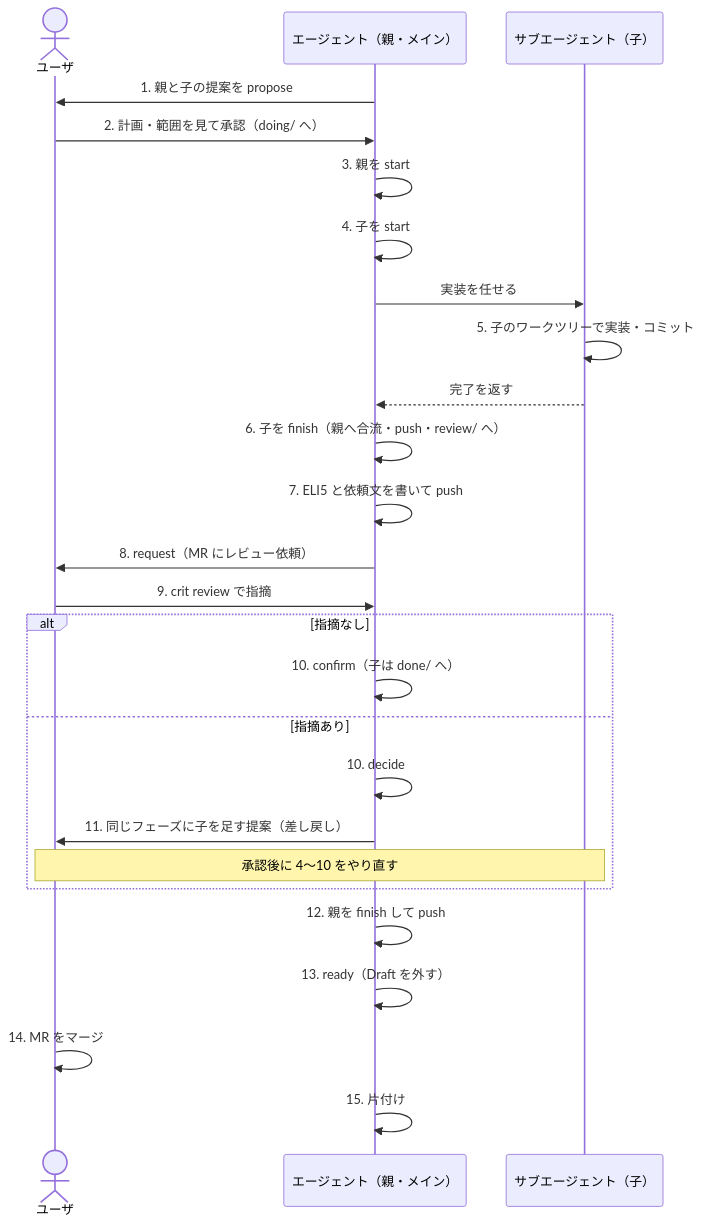
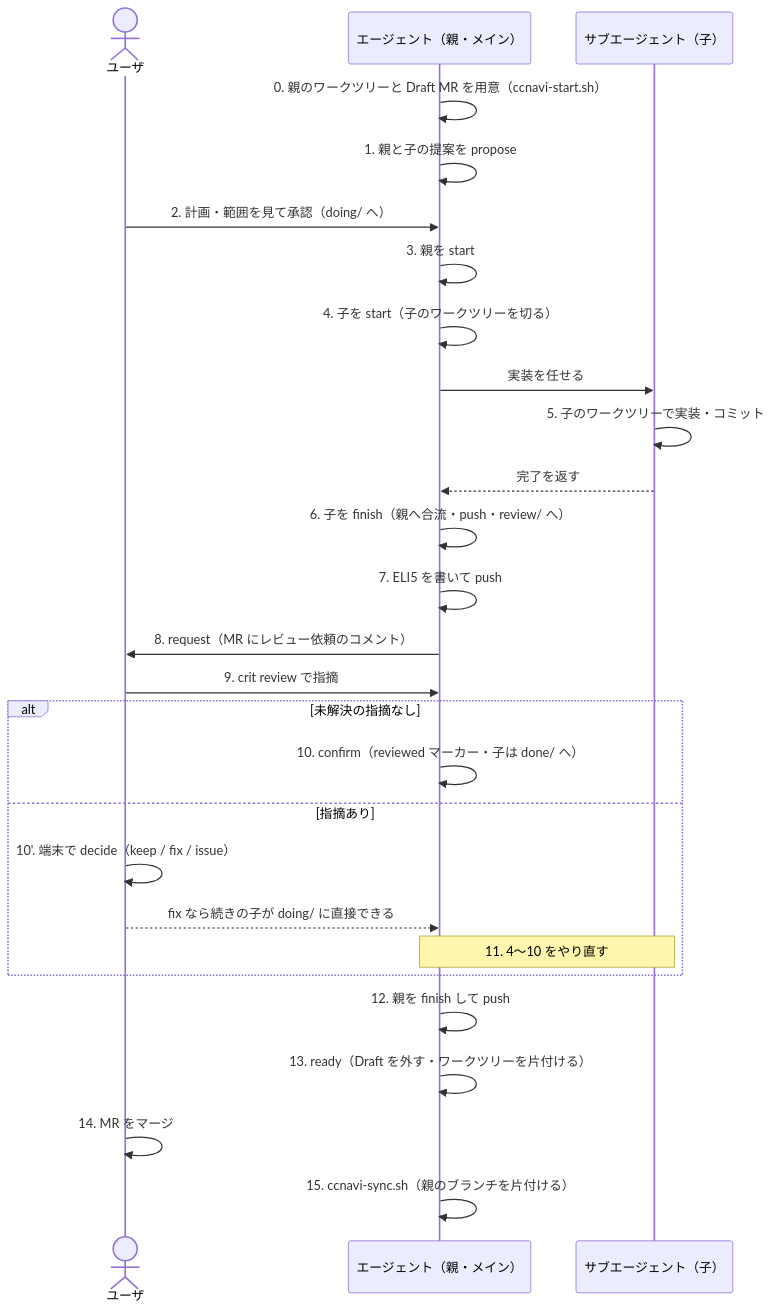
The diagram in .ccnavi/docs/ticket-flow.md (yuki-matsu783/ccnavi), drawn with Mermaid before and after one commit. The commit also changed other lines of this file and 1 other file, not shown here.

Commit message:
ai-asset: ticket-flow.md を実装の読解に合わせて直し、直接作業の手順へリンクした

````diff
--- a/.ccnavi/docs/ticket-flow.md
+++ b/.ccnavi/docs/ticket-flow.md
@@ -18,29 +18,30 @@
 ```mermaid
 sequenceDiagram
   actor U as ユーザ
   participant P as エージェント（親・メイン）
   participant S as サブエージェント（子）
 
-  P->>U: 1. 親と子の提案を propose
+  P->>P: 0. 親のワークツリーと Draft MR を用意（ccnavi-start.sh）
+  P->>P: 1. 親と子の提案を propose
   U->>P: 2. 計画・範囲を見て承認（doing/ へ）
   P->>P: 3. 親を start
-  P->>P: 4. 子を start
+  P->>P: 4. 子を start（子のワークツリーを切る）
   P->>S: 実装を任せる
   S->>S: 5. 子のワークツリーで実装・コミット
   S-->>P: 完了を返す
   P->>P: 6. 子を finish（親へ合流・push・review/ へ）
-  P->>P: 7. ELI5 と依頼文を書いて push
-  P->>U: 8. request（MR にレビュー依頼）
+  P->>P: 7. ELI5 を書いて push
+  P->>U: 8. request（MR にレビュー依頼のコメント）
   U->>P: 9. crit review で指摘
-  alt 指摘なし
-    P->>P: 10. confirm（子は done/ へ）
+  alt 未解決の指摘なし
+    P->>P: 10. confirm（reviewed マーカー・子は done/ へ）
   else 指摘あり
-    P->>P: 10. decide
-    P->>U: 11. 同じフェーズに子を足す提案（差し戻し）
-    Note over U,S: 承認後に 4〜10 をやり直す
+    U->>U: 10'. 端末で decide（keep / fix / issue）
+    U-->>P: fix なら続きの子が doing/ に直接できる
+    Note over P,S: 11. 4〜10 をやり直す
   end
   P->>P: 12. 親を finish して push
-  P->>P: 13. ready（Draft を外す）
+  P->>P: 13. ready（Draft を外す・ワークツリーを片付ける）
   U->>U: 14. MR をマージ
-  P->>P: 15. 片付け
+  P->>P: 15. ccnavi-sync.sh（親のブランチを片付ける）
 ```
````
